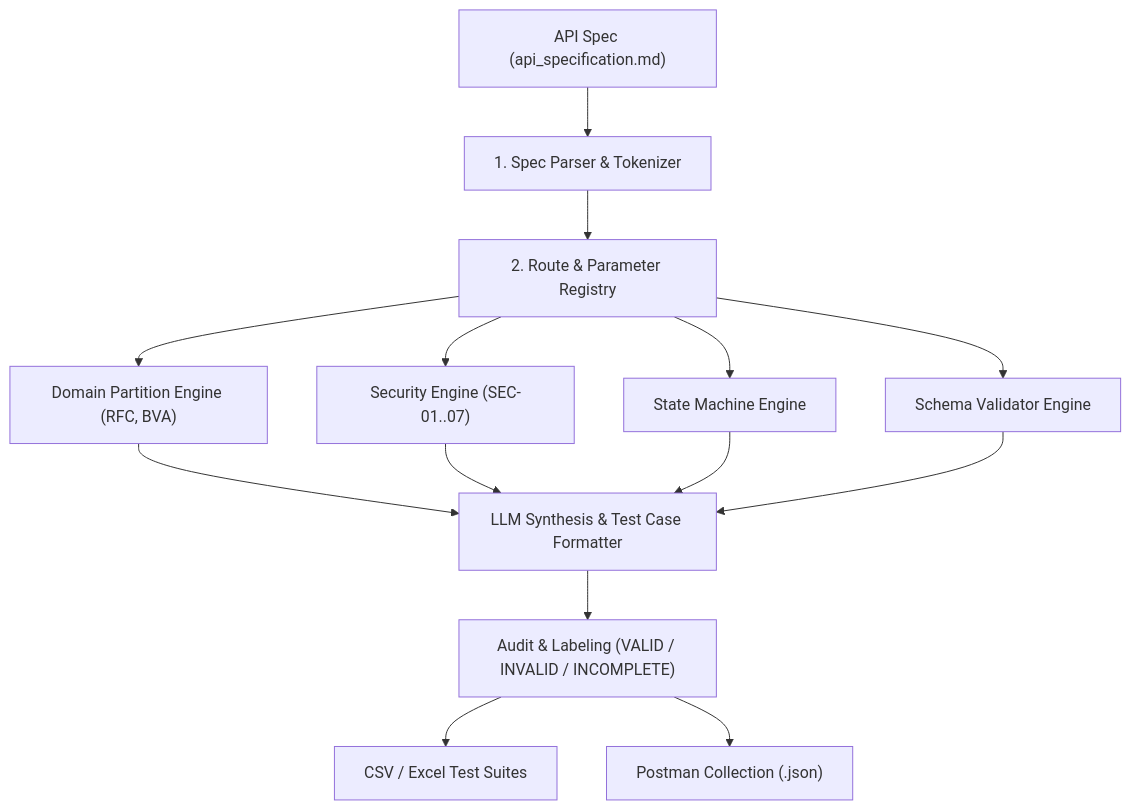
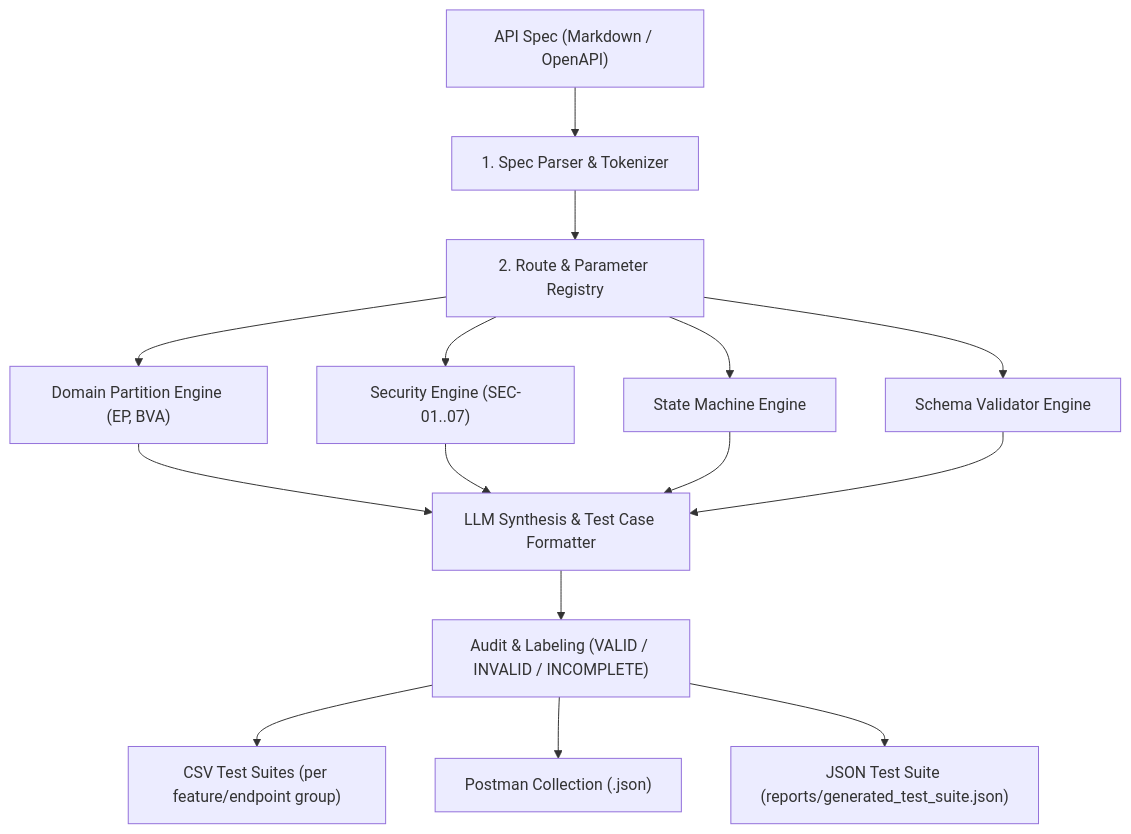
The diagram in .agents/skills/api-test-generator/SKILL.md (DuckTonn/HW06-API-Testing.), drawn with Mermaid before and after one commit. The commit also changed other lines of this file, not shown here.

Commit message:
feat: generalize SKILL.md to support any REST API - add Mode 1/2, input table, generic output naming, SEC rules, state machine rules

````diff
--- a/.agents/skills/api-test-generator/SKILL.md
+++ b/.agents/skills/api-test-generator/SKILL.md
@@ -28,16 +31,17 @@
 ```mermaid
 flowchart TD
-    A["API Spec (api_specification.md)"] --> B["1. Spec Parser & Tokenizer"]
+    A["API Spec (Markdown / OpenAPI)"] --> B["1. Spec Parser & Tokenizer"]
     B --> C["2. Route & Parameter Registry"]
-    C --> D1["Domain Partition Engine (RFC, BVA)"]
+    C --> D1["Domain Partition Engine (EP, BVA)"]
     C --> D2["Security Engine (SEC-01..07)"]
     C --> D3["State Machine Engine"]
     C --> D4["Schema Validator Engine"]
     D1 --> E["LLM Synthesis & Test Case Formatter"]
     D2 --> E
     D3 --> E
     D4 --> E
     E --> F["Audit & Labeling (VALID / INVALID / INCOMPLETE)"]
-    F --> G1["CSV / Excel Test Suites"]
+    F --> G1["CSV Test Suites (per feature/endpoint group)"]
     F --> G2["Postman Collection (.json)"]
+    F --> G3["JSON Test Suite (reports/generated_test_suite.json)"]
 ```
````
